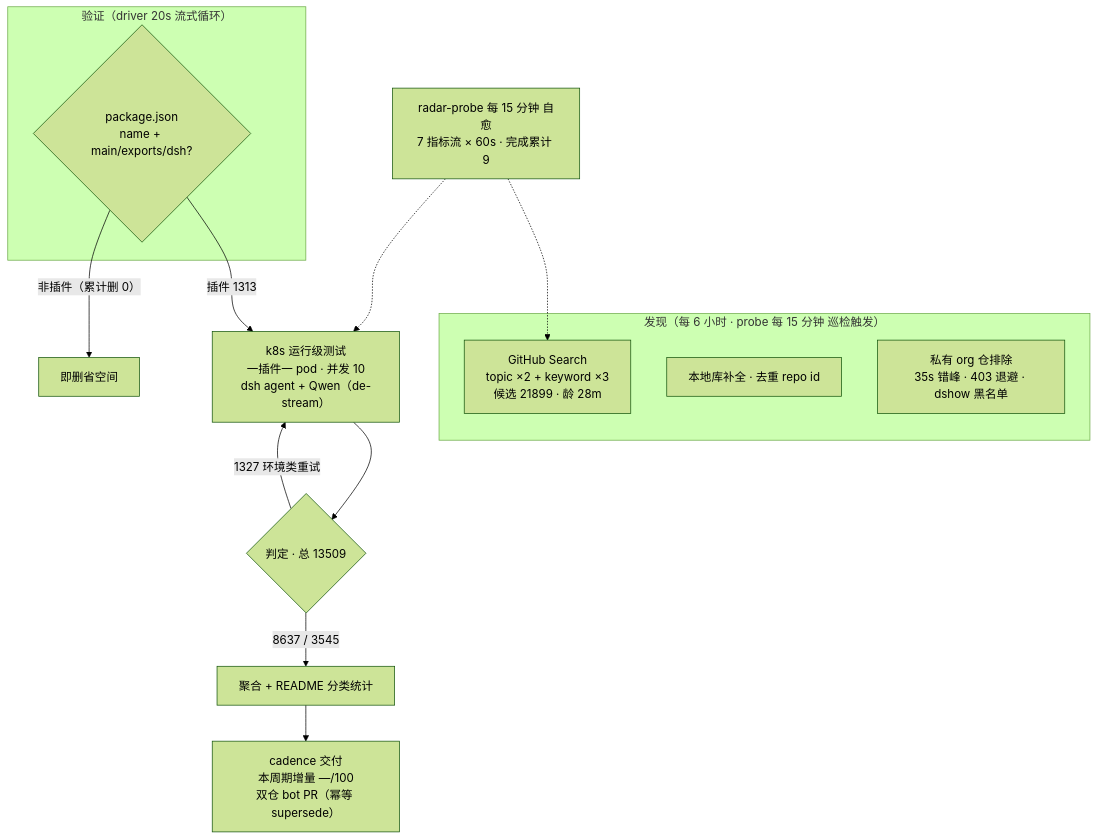
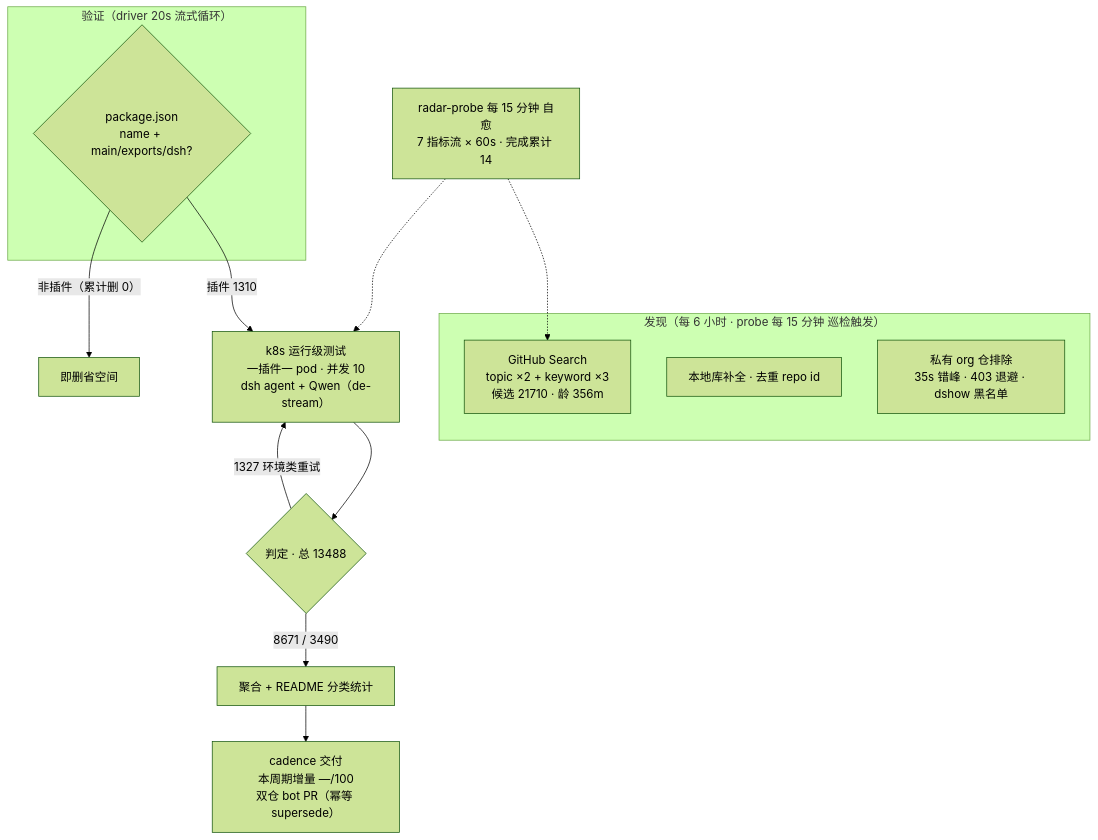
One commit to 1420079678-ctrl/dsh-plugin-radar changed the diagram in README.md. Above: the diagram before and after it, drawn with Mermaid (forest theme). The commit also changed other lines of this file and 17 other files, not shown here.

````diff
--- a/README.md
+++ b/README.md
@@ -55,20 +55,20 @@
 ```mermaid
 flowchart TB
     subgraph Discovery["发现（每 6 小时 · probe 每 15 分钟 巡检触发）"]
-        A1["GitHub Search<br/>topic ×2 + keyword ×3<br/>候选 21899 · 龄 28m"]
+        A1["GitHub Search<br/>topic ×2 + keyword ×3<br/>候选 21710 · 龄 356m"]
         A2["本地库补全 · 去重 repo id"]
         A3["私有 org 仓排除<br/>35s 错峰 · 403 退避 · dshow 黑名单"]
     end
     subgraph Validation["验证（driver 20s 流式循环）"]
         B1{"package.json<br/>name + main/exports/dsh?"}
     end
-    B1 -->|"插件 1313"| C1["k8s 运行级测试<br/>一插件一 pod · 并发 10<br/>dsh agent + Qwen（de-stream）"]
+    B1 -->|"插件 1310"| C1["k8s 运行级测试<br/>一插件一 pod · 并发 10<br/>dsh agent + Qwen（de-stream）"]
     B1 -->|"非插件（累计删 0）"| B3["即删省空间"]
-    C1 --> D1{"判定 · 总 13509"}
-    D1 -->|"8637 / 3545"| E1["聚合 + README 分类统计"]
+    C1 --> D1{"判定 · 总 13488"}
+    D1 -->|"8671 / 3490"| E1["聚合 + README 分类统计"]
     D1 -->|"1327 环境类重试"| C1
     E1 --> E2["cadence 交付<br/>本周期增量 —/100<br/>双仓 bot PR（幂等 supersede）"]
-    M["radar-probe 每 15 分钟 自愈<br/>7 指标流 × 60s · 完成累计 9"]
+    M["radar-probe 每 15 分钟 自愈<br/>7 指标流 × 60s · 完成累计 14"]
     M -.-> A1
     M -.-> C1
 ```
````
